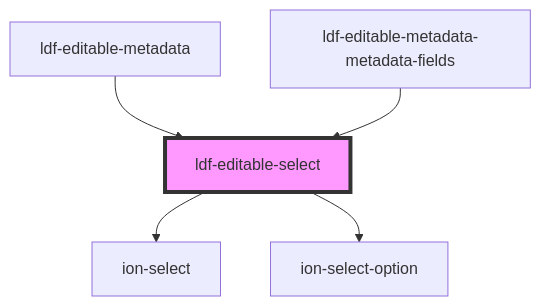
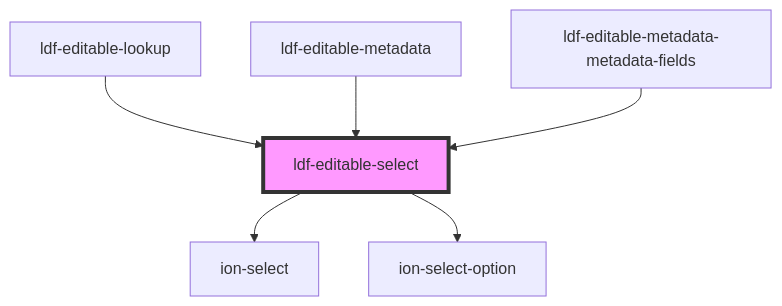
The diagram in components/src/components/editable-select/readme.md (gbj/venite), drawn with Mermaid before and after one commit. The commit also changed other lines of this file and 122 other files, not shown here.

````diff
--- a/components/src/components/editable-select/readme.md
+++ b/components/src/components/editable-select/readme.md
@@ -38,8 +39,9 @@
 ```mermaid
 graph TD;
   ldf-editable-select --> ion-select
   ldf-editable-select --> ion-select-option
+  ldf-editable-lookup --> ldf-editable-select
   ldf-editable-metadata --> ldf-editable-select
   ldf-editable-metadata-metadata-fields --> ldf-editable-select
   style ldf-editable-select fill:#f9f,stroke:#333,stroke-width:4px
 ```
````
